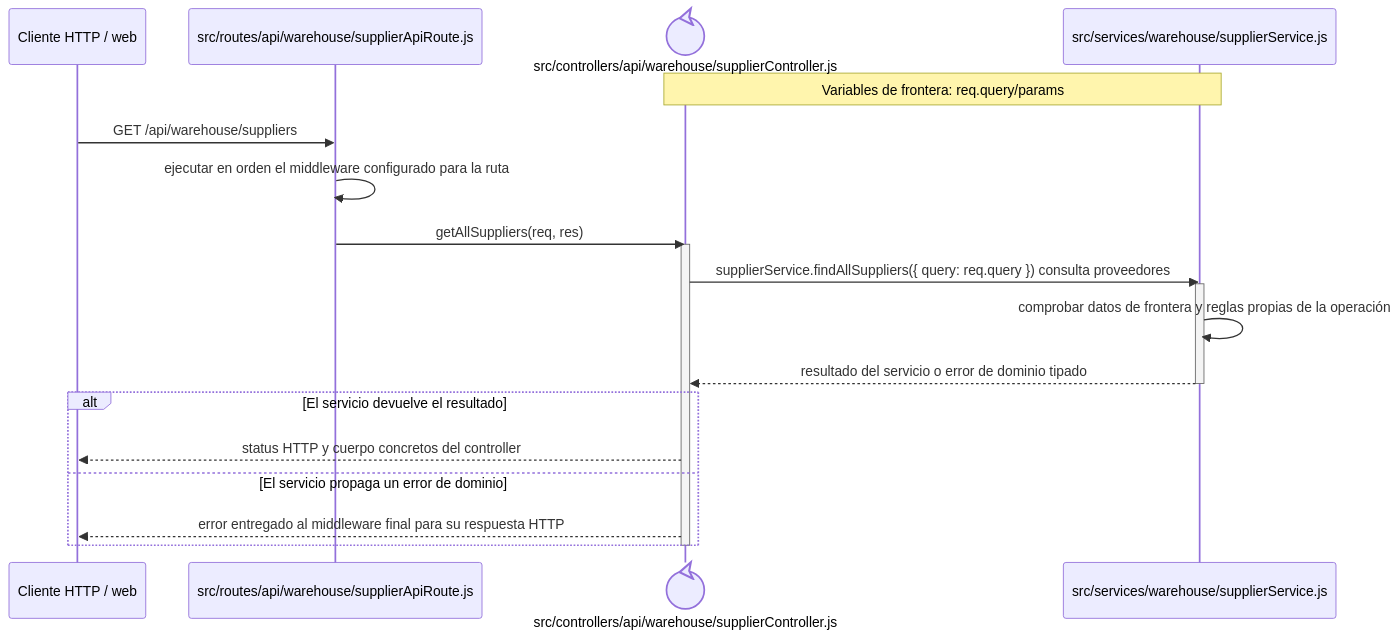
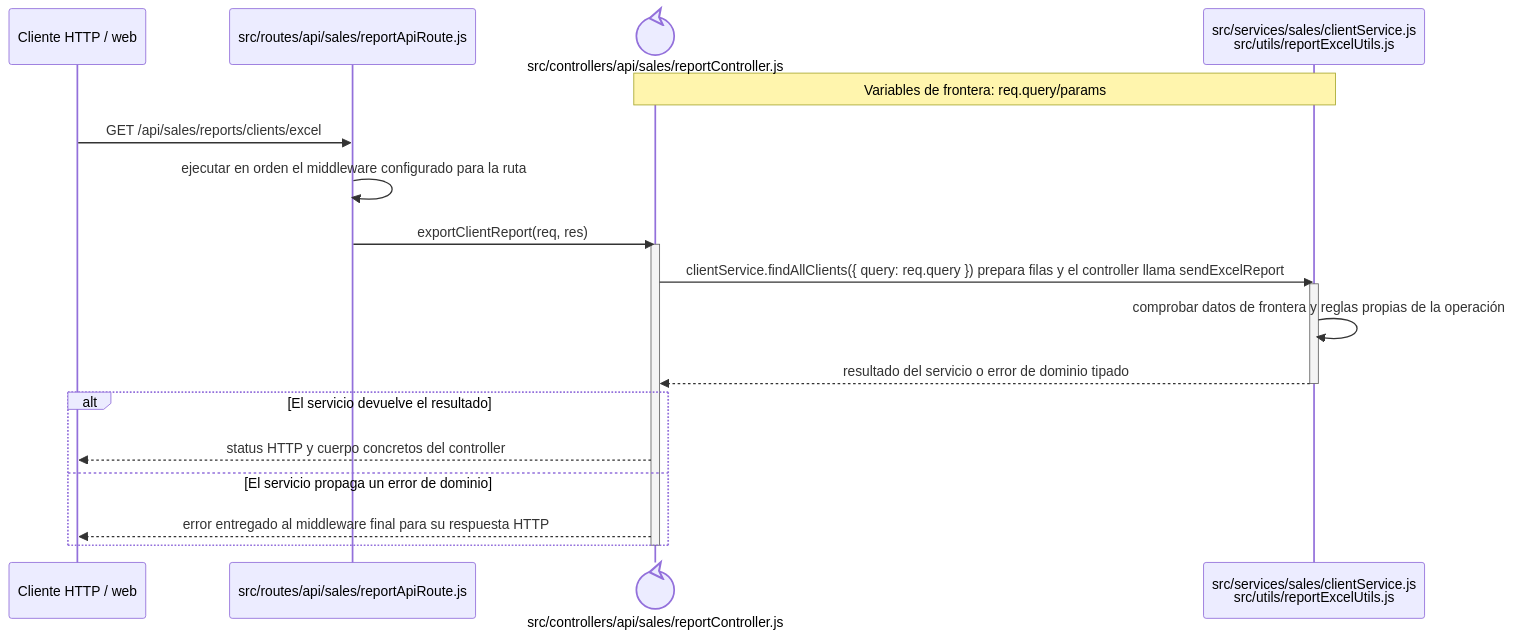
Before and after one commit to gpgsistemas01/nexus: the diagram in docs/architecture/backend-code-sequences/catalogs/cu-cat-09.md, drawn with Mermaid. The commit also changed other lines of this file and 287 other files, not shown here.

````diff
--- a/docs/architecture/backend-code-sequences/catalogs/cu-cat-09.md
+++ b/docs/architecture/backend-code-sequences/catalogs/cu-cat-09.md
@@ -6,24 +6,24 @@
 ```mermaid
 sequenceDiagram
     participant Client as Cliente HTTP / web
-    participant Route as src/routes/api/warehouse/supplierApiRoute.js
-    participant Controller@{ "type": "control" } as src/controllers/api/warehouse/supplierController.js
-    participant Domain as src/services/warehouse/supplierService.js
+    participant Route as src/routes/api/sales/reportApiRoute.js
+    participant Controller@{ "type": "control" } as src/controllers/api/sales/reportController.js
+    participant Domain as src/services/sales/clientService.js<br/>src/utils/reportExcelUtils.js
     Note over Controller,Domain: Variables de frontera: req.query/params
 
-    Client->>Route: GET /api/warehouse/suppliers
+    Client->>Route: GET /api/sales/reports/clients/excel
     Route->>Route: ejecutar en orden el middleware configurado para la ruta
-    Route->>Controller: getAllSuppliers(req, res)
+    Route->>Controller: exportClientReport(req, res)
     activate Controller
-    Controller->>Domain: supplierService.findAllSuppliers({ query: req.query }) consulta proveedores
+    Controller->>Domain: clientService.findAllClients({ query: req.query }) prepara filas y el controller llama sendExcelReport
     activate Domain
     Domain->>Domain: comprobar datos de frontera y reglas propias de la operación
     Domain-->>Controller: resultado del servicio o error de dominio tipado
     deactivate Domain
     alt El servicio devuelve el resultado
         Controller-->>Client: status HTTP y cuerpo concretos del controller
     else El servicio propaga un error de dominio
         Controller-->>Client: error entregado al middleware final para su respuesta HTTP
     end
     deactivate Controller
 ```
````
